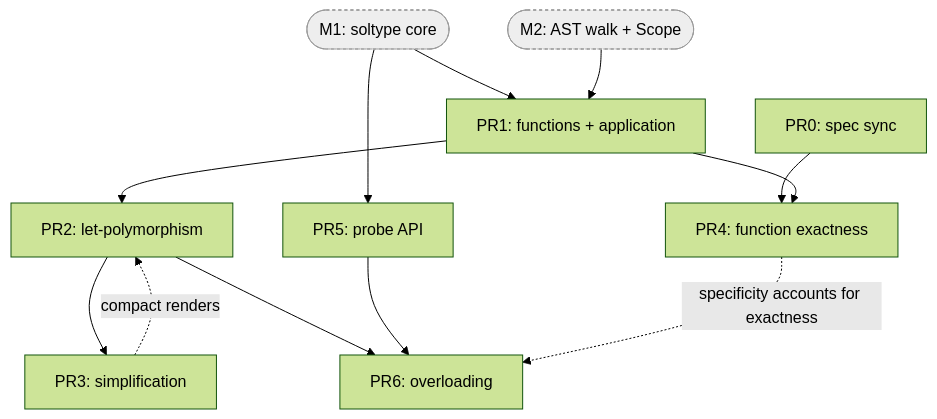
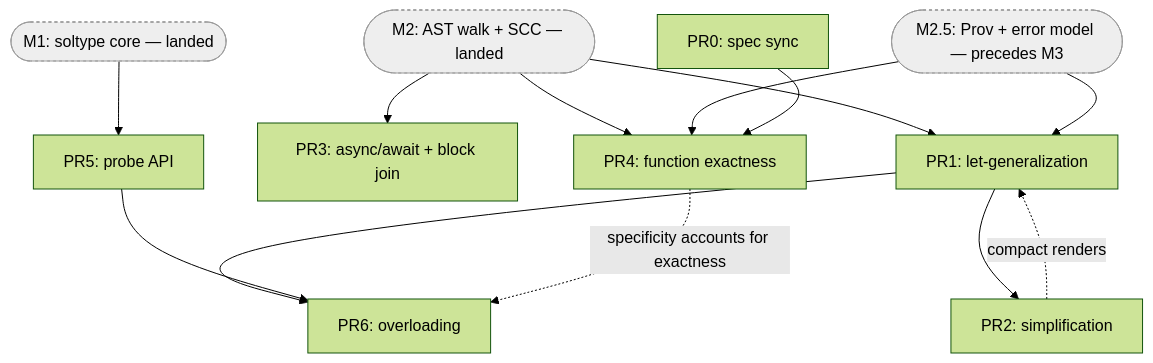
The diagram in planning/simple_sub/m3-implementation-plan.md (escalier-lang/escalier), drawn with Mermaid (forest theme) before and after one commit. The commit also changed other lines of this file, not shown here.

````diff
--- a/planning/simple_sub/m3-implementation-plan.md
+++ b/planning/simple_sub/m3-implementation-plan.md
@@ -63,27 +112,29 @@
 ```mermaid
 flowchart TD
-    M1([M1: soltype core]):::prereq
-    M2([M2: AST walk + Scope]):::prereq
+    M1([M1: soltype core — landed]):::prereq
+    M2([M2: AST walk + SCC — landed]):::prereq
+    M25([M2.5: Prov + error model — precedes M3]):::prereq
 
     PR0[PR0: spec sync]
-    PR1[PR1: functions + application]
-    PR2[PR2: let-polymorphism]
-    PR3[PR3: simplification]
+    PR1[PR1: let-generalization]
+    PR2[PR2: simplification]
+    PR3[PR3: async/await + block join]
     PR4[PR4: function exactness]
     PR5[PR5: probe API]
     PR6[PR6: overloading]
 
-    M1 --> PR1
     M2 --> PR1
+    M25 --> PR1
+    M2 --> PR3
+    M2 --> PR4
+    M25 --> PR4
     M1 --> PR5
     PR0 --> PR4
     PR1 --> PR2
-    PR2 --> PR3
-    PR1 --> PR4
-    PR2 --> PR6
+    PR1 --> PR6
     PR5 --> PR6
-    PR3 -. compact renders .-> PR2
+    PR2 -. compact renders .-> PR1
     PR4 -. specificity accounts for exactness .-> PR6
 
     classDef prereq fill:#eee,stroke:#999,stroke-dasharray:3 3;
 ```
````
